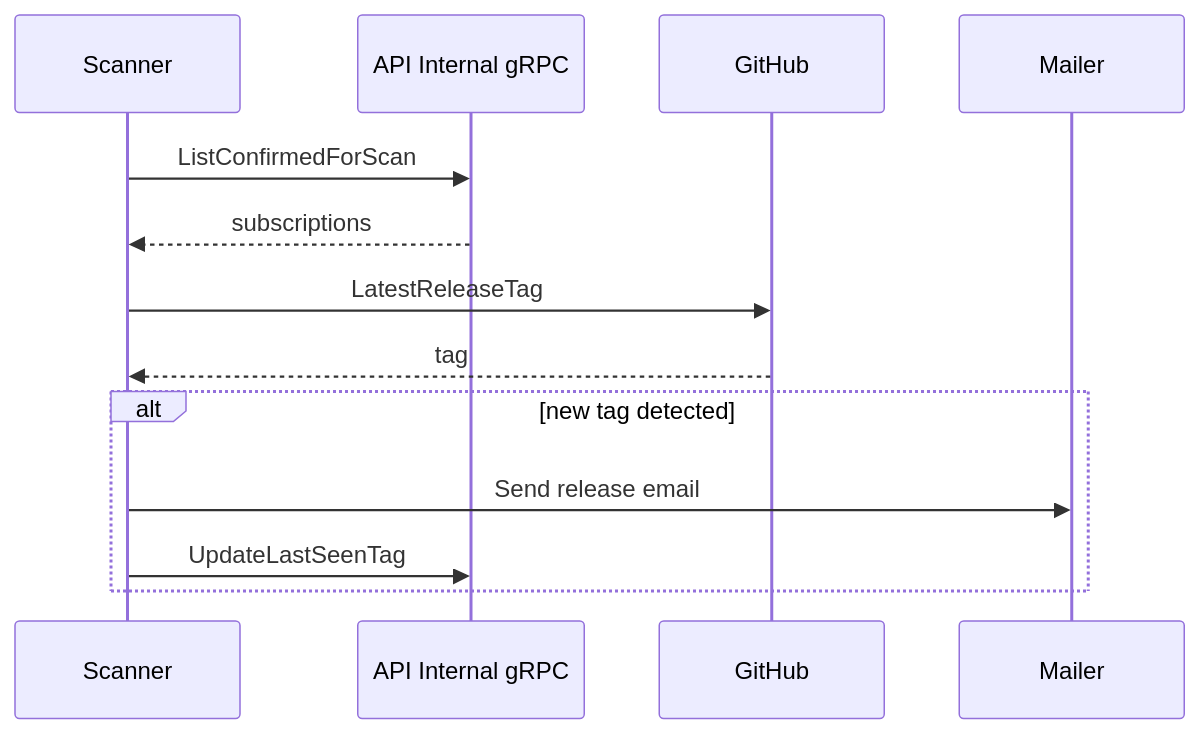
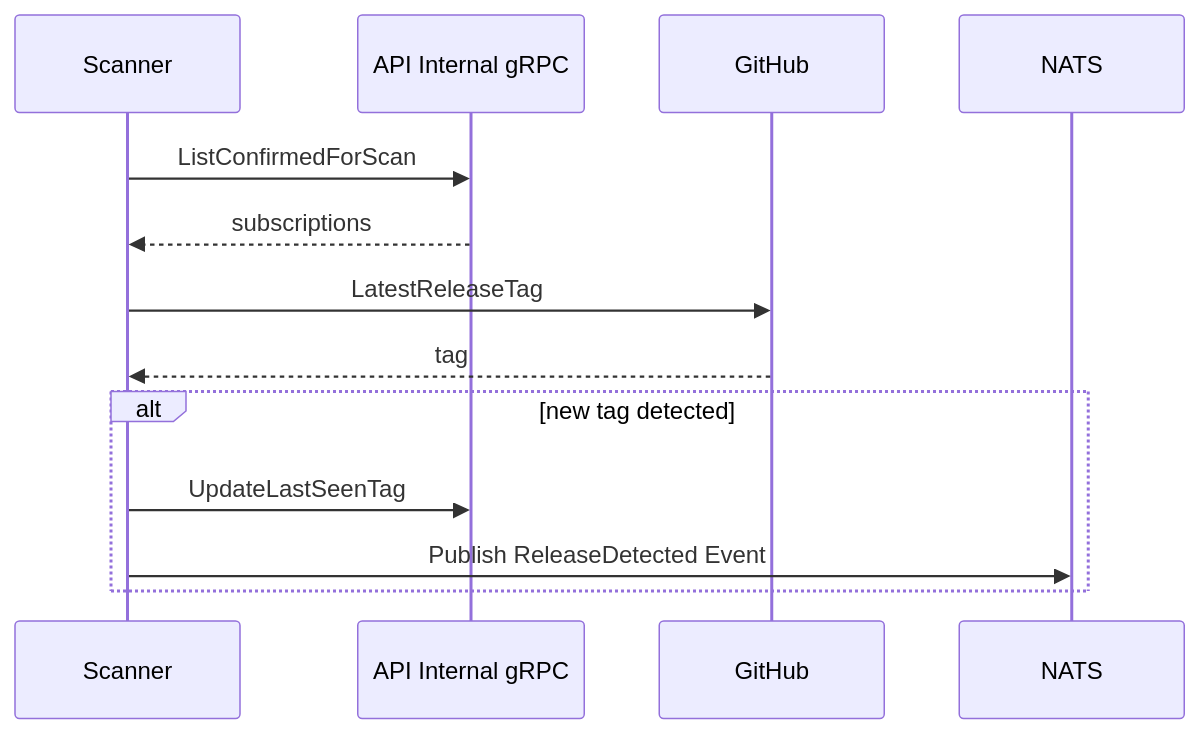
Before and after one commit to GenesisEducationKyiv/software-engineering-school-6-0-RainbowHawk1993: the third of 4 diagrams in docs/architecture.md, drawn with Mermaid. The commit also changed other lines of this file and 20 other files, not shown here.

````diff
--- a/docs/architecture.md
+++ b/docs/architecture.md
@@ -90,16 +96,16 @@
 ```mermaid
 sequenceDiagram
     participant Scanner
     participant API as API Internal gRPC
     participant GitHub
-    participant Mailer
+    participant NATS
 
     Scanner->>API: ListConfirmedForScan
     API-->>Scanner: subscriptions
     Scanner->>GitHub: LatestReleaseTag
     GitHub-->>Scanner: tag
     alt new tag detected
-        Scanner->>Mailer: Send release email
         Scanner->>API: UpdateLastSeenTag
+        Scanner->>NATS: Publish ReleaseDetected Event
     end
 ```
````
